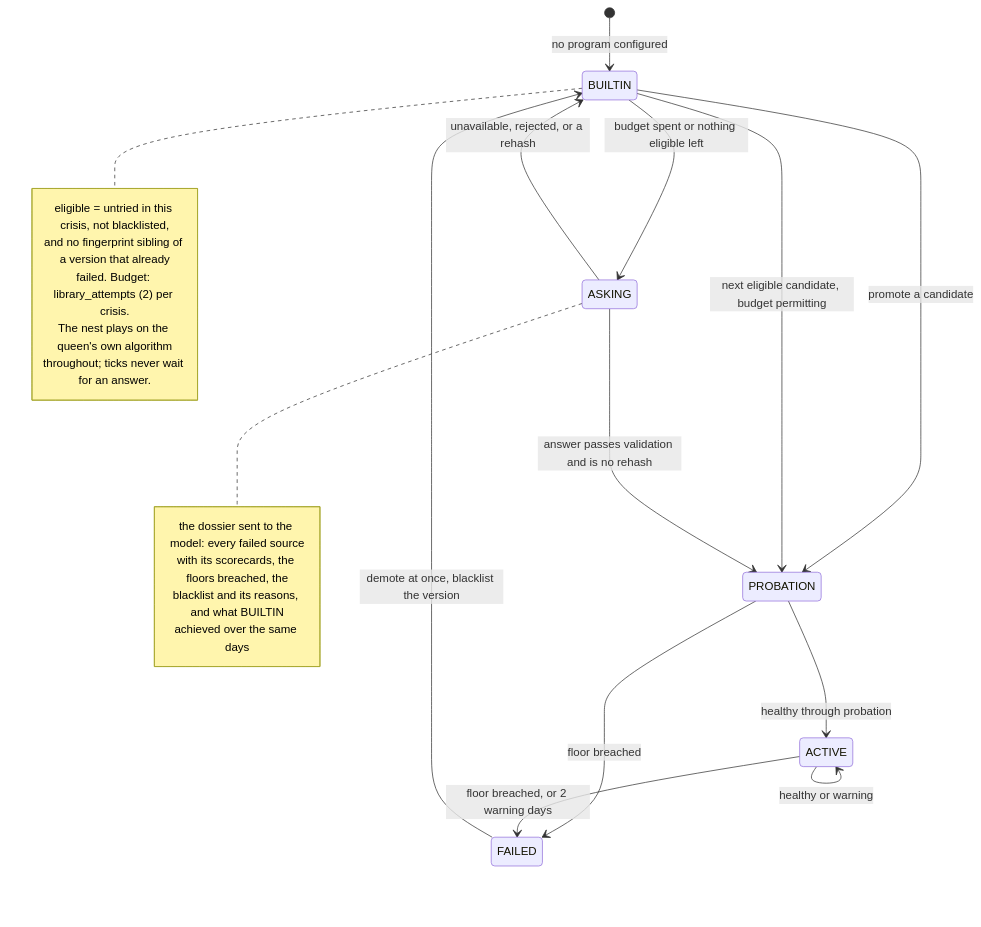
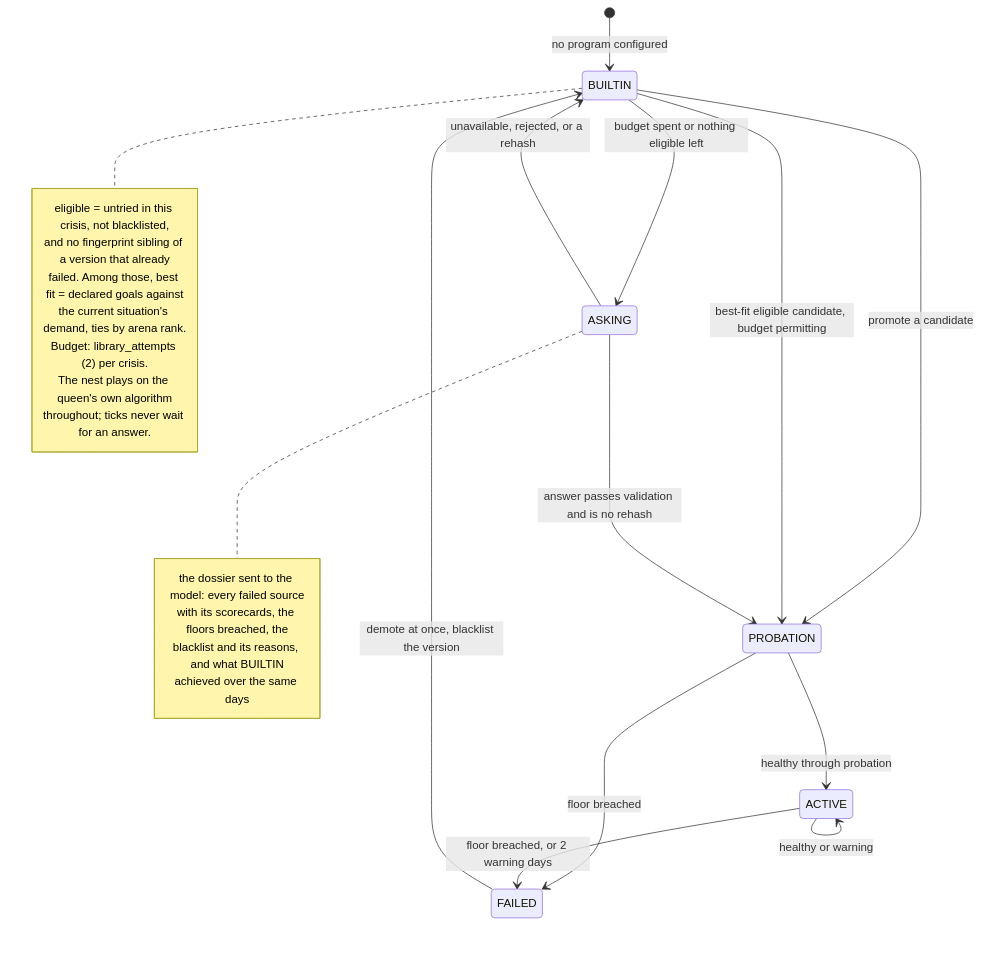
One commit to ichMaster/myrmex changed the eighth of 9 diagrams in specification/ARCHITECTURE.md. Above: the diagram before and after it, drawn with Mermaid. The commit also changed other lines of this file and 2 other files, not shown here.

First line of the commit message:
The engine classifies the nest's situation, and that picks the strategy

````diff
--- a/specification/ARCHITECTURE.md
+++ b/specification/ARCHITECTURE.md
@@ -317,27 +334,29 @@
 ```mermaid
 stateDiagram-v2
     [*] --> BUILTIN: no program configured
     BUILTIN --> PROBATION: promote a candidate
     PROBATION --> ACTIVE: healthy through probation
     PROBATION --> FAILED: floor breached
     ACTIVE --> ACTIVE: healthy or warning
     ACTIVE --> FAILED: floor breached, or 2 warning days
     FAILED --> BUILTIN: demote at once, blacklist the version
-    BUILTIN --> PROBATION: next eligible candidate, budget permitting
+    BUILTIN --> PROBATION: best-fit eligible candidate, budget permitting
     BUILTIN --> ASKING: budget spent or nothing eligible left
     ASKING --> PROBATION: answer passes validation and is no rehash
     ASKING --> BUILTIN: unavailable, rejected, or a rehash
     note right of BUILTIN
         eligible = untried in this crisis, not blacklisted,
         and no fingerprint sibling of a version that already
-        failed. Budget: library_attempts (2) per crisis.
+        failed. Among those, best fit = declared goals against
+        the current situation's demand, ties by arena rank.
+        Budget: library_attempts (2) per crisis.
         The nest plays on the queen's own algorithm
         throughout; ticks never wait for an answer.
     end note
     note right of ASKING
         the dossier sent to the model: every failed source
         with its scorecards, the floors breached, the
         blacklist and its reasons, and what BUILTIN
         achieved over the same days
     end note
 ```
````
